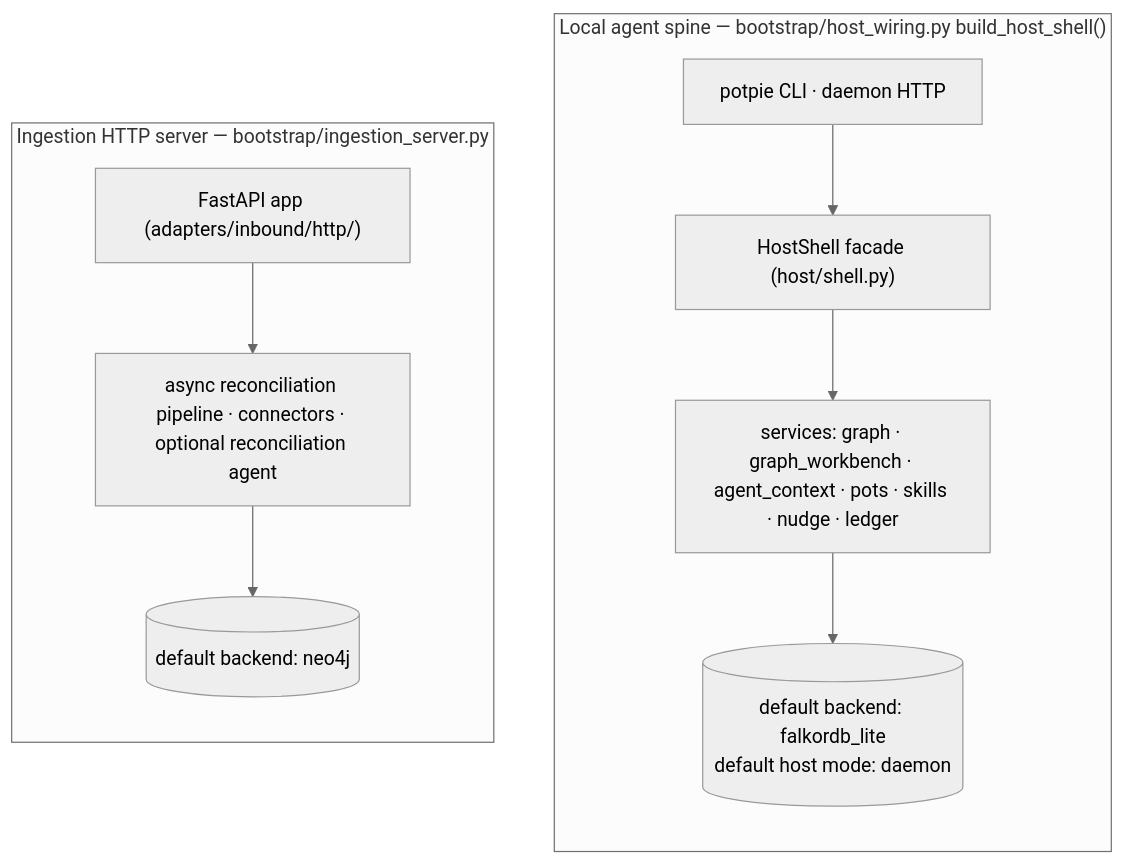
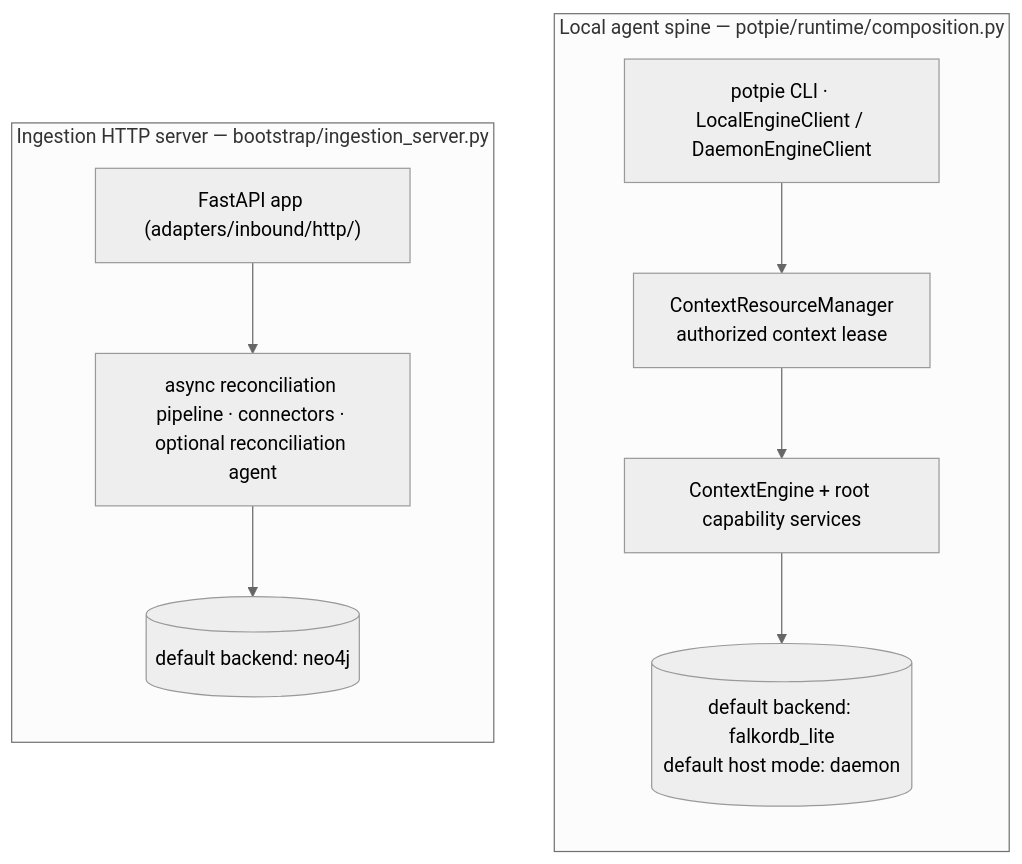
The second of 5 diagrams in docs/context-graph/architecture.md (potpie-ai/potpie), drawn with Mermaid (neutral theme) before and after one commit. The commit also changed other lines of this file and 687 other files, not shown here.

First line of the commit message:
Refactor context engine boundaries and daemon reconciliation (#1057)

````diff
--- a/docs/context-graph/architecture.md
+++ b/docs/context-graph/architecture.md
@@ -65,19 +66,19 @@
 ```mermaid
 flowchart TB
-  subgraph cg_spine["Local agent spine — bootstrap/host_wiring.py build_host_shell()"]
+  subgraph cg_spine["Local agent spine — potpie/runtime/composition.py"]
     direction TB
-    cg_cli["potpie CLI · daemon HTTP"]
-    cg_shell["HostShell facade (host/shell.py)"]
-    cg_services["services: graph · graph_workbench · agent_context · pots · skills · nudge · ledger"]
+    cg_cli["potpie CLI · LocalEngineClient / DaemonEngineClient"]
+    cg_shell["ContextResourceManager<br/>authorized context lease"]
+    cg_services["ContextEngine + root capability services"]
     cg_lite[("default backend: falkordb_lite<br/>default host mode: daemon")]
     cg_cli --> cg_shell --> cg_services --> cg_lite
   end
 
   subgraph cg_ingest["Ingestion HTTP server — bootstrap/ingestion_server.py"]
     direction TB
     cg_fastapi["FastAPI app (adapters/inbound/http/)"]
     cg_pipeline["async reconciliation pipeline · connectors · optional reconciliation agent"]
     cg_neo[("default backend: neo4j")]
     cg_fastapi --> cg_pipeline --> cg_neo
   end
 ```
````
